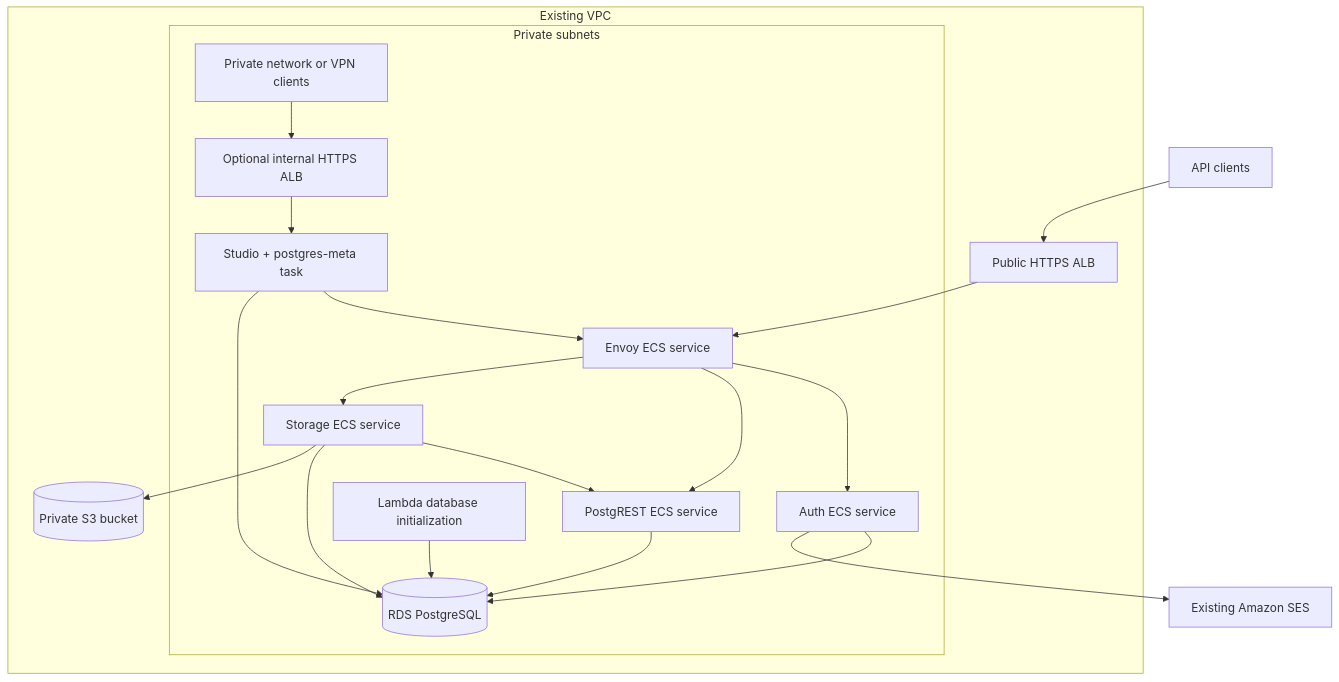
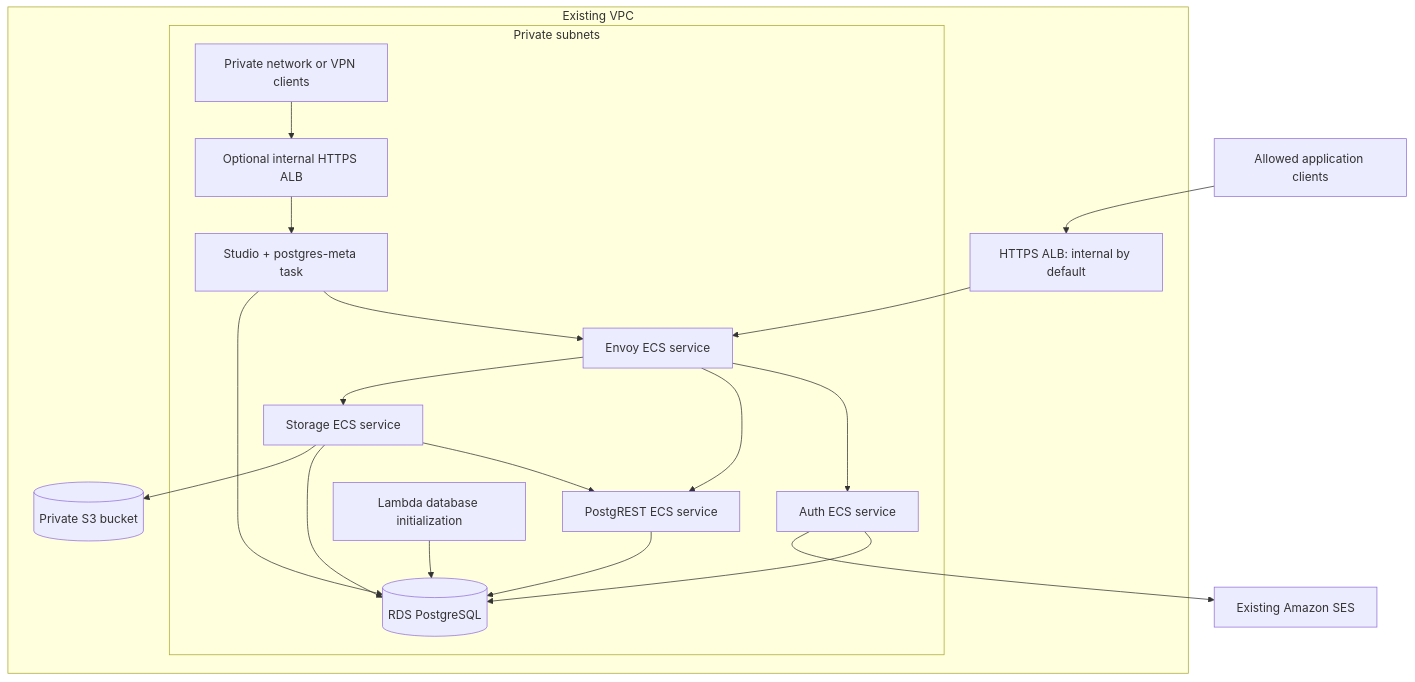
The diagram in README.md (vincenzodomina/supabase-aws), drawn with Mermaid before and after one commit. The commit also changed other lines of this file and 4 other files, not shown here.

````diff
--- a/README.md
+++ b/README.md
@@ -9,23 +9,23 @@
 ```mermaid
 flowchart TD
-    Clients[API clients] --> ALB[Public HTTPS ALB]
+    Clients[Allowed application clients] --> ALB[HTTPS ALB: internal by default]
     subgraph VPC[Existing VPC]
       ALB --> Envoy[Envoy ECS service]
       subgraph Private[Private subnets]
         Envoy --> Auth[Auth ECS service]
         Envoy --> REST[PostgREST ECS service]
         Envoy --> Storage[Storage ECS service]
         Storage --> REST
         VPN[Private network or VPN clients] --> AdminALB[Optional internal HTTPS ALB]
         AdminALB --> Admin[Studio + postgres-meta task]
         Admin --> Envoy
         Bootstrap[Lambda database initialization] --> DB[(RDS PostgreSQL)]
         Auth --> DB
         REST --> DB
         Storage --> DB
         Admin --> DB
       end
       Storage --> S3[(Private S3 bucket)]
     end
     Auth --> SES[Existing Amazon SES]
 ```
````
